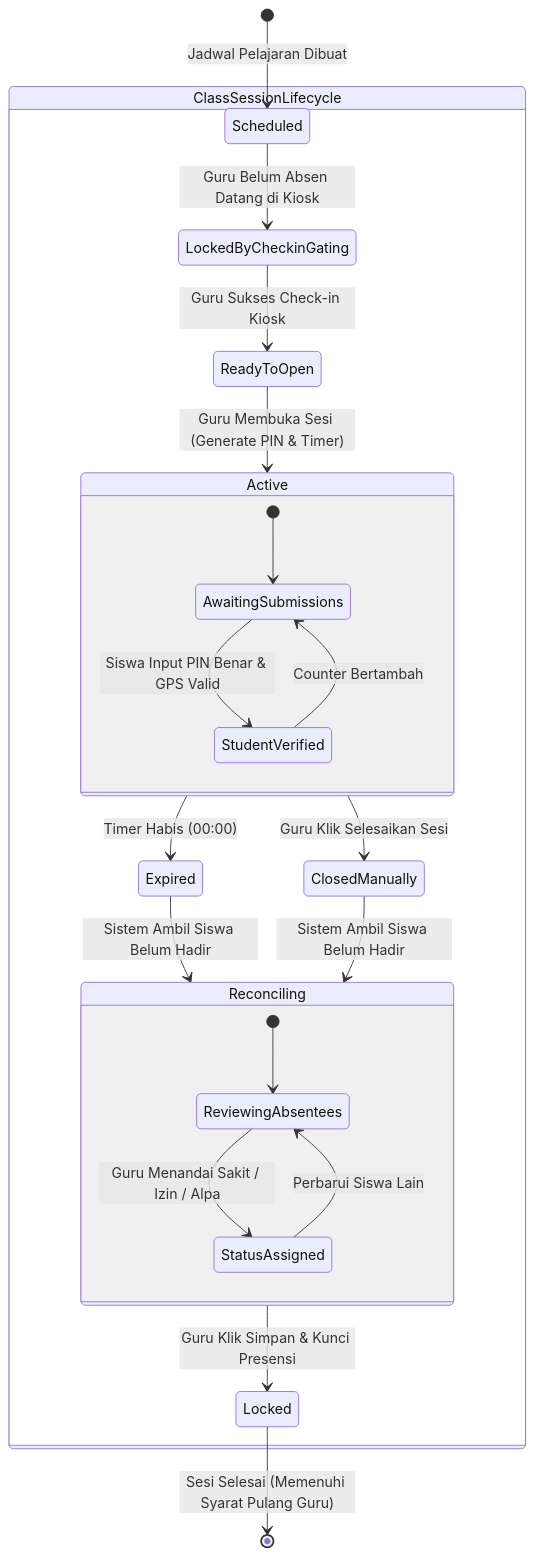
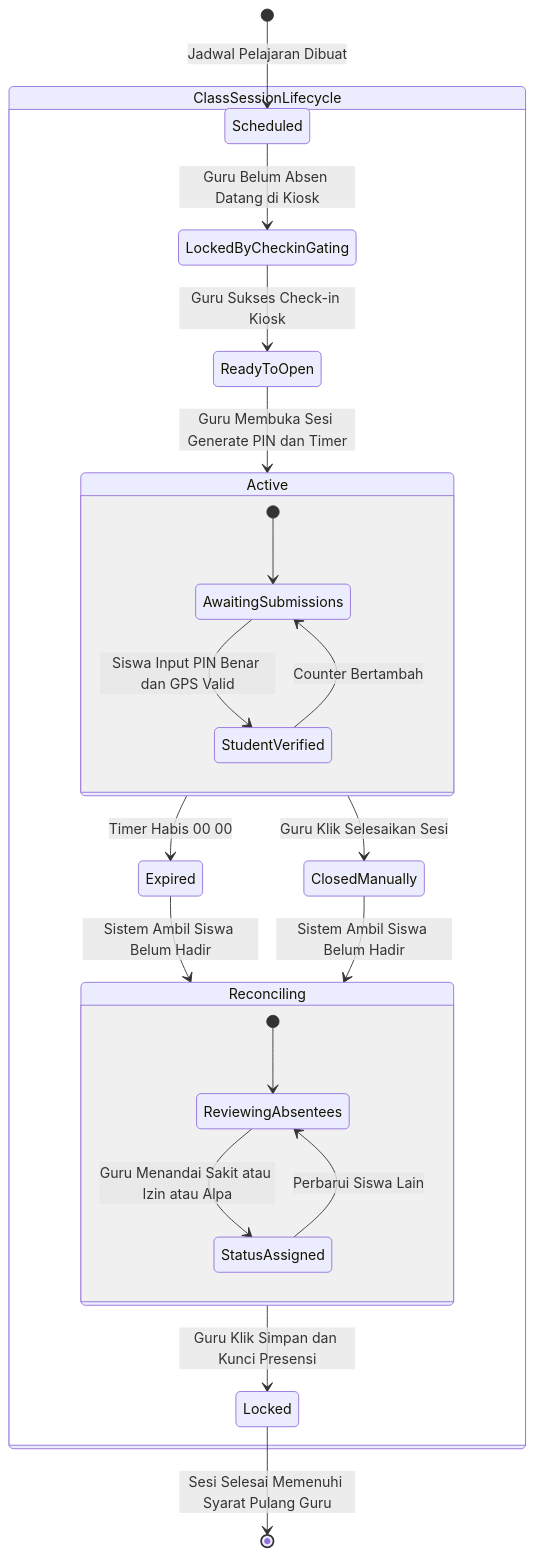
One commit to Badroel07/e-Absensi-MA-Maarif-Cilageni-Kadungora changed the first of 3 diagrams in Sistem-Absensi-Maarif-PRD.md. Above: the diagram before and after it, drawn with Mermaid. The commit also changed other lines of this file and 1 other file, not shown here.

````diff
--- a/Sistem-Absensi-Maarif-PRD.md
+++ b/Sistem-Absensi-Maarif-PRD.md
@@ -337,31 +337,31 @@
 ```mermaid
 stateDiagram-v2
     [*] --> Scheduled : Jadwal Pelajaran Dibuat
 
     state ClassSessionLifecycle {
         Scheduled --> LockedByCheckinGating : Guru Belum Absen Datang di Kiosk
         LockedByCheckinGating --> ReadyToOpen : Guru Sukses Check-in Kiosk
-        ReadyToOpen --> Active : Guru Membuka Sesi (Generate PIN & Timer)
-        
+        ReadyToOpen --> Active : Guru Membuka Sesi Generate PIN dan Timer
+
         state Active {
             [*] --> AwaitingSubmissions
-            AwaitingSubmissions --> StudentVerified : Siswa Input PIN Benar & GPS Valid
+            AwaitingSubmissions --> StudentVerified : Siswa Input PIN Benar dan GPS Valid
             StudentVerified --> AwaitingSubmissions : Counter Bertambah
         }
 
-        Active --> Expired : Timer Habis (00:00)
+        Active --> Expired : Timer Habis 00 00
         Active --> ClosedManually : Guru Klik Selesaikan Sesi
         Expired --> Reconciling : Sistem Ambil Siswa Belum Hadir
         ClosedManually --> Reconciling : Sistem Ambil Siswa Belum Hadir
-        
+
         state Reconciling {
             [*] --> ReviewingAbsentees
-            ReviewingAbsentees --> StatusAssigned : Guru Menandai Sakit / Izin / Alpa
+            ReviewingAbsentees --> StatusAssigned : Guru Menandai Sakit atau Izin atau Alpa
             StatusAssigned --> ReviewingAbsentees : Perbarui Siswa Lain
         }
 
-        Reconciling --> Locked : Guru Klik Simpan & Kunci Presensi
+        Reconciling --> Locked : Guru Klik Simpan dan Kunci Presensi
     }
 
-    Locked --> [*] : Sesi Selesai (Memenuhi Syarat Pulang Guru)
+    Locked --> [*] : Sesi Selesai Memenuhi Syarat Pulang Guru
 ```
````
